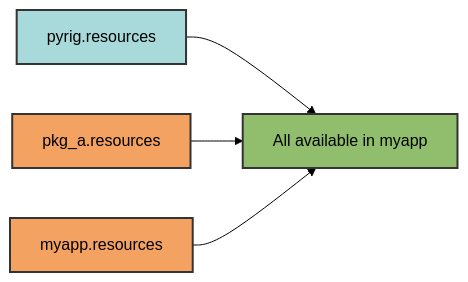
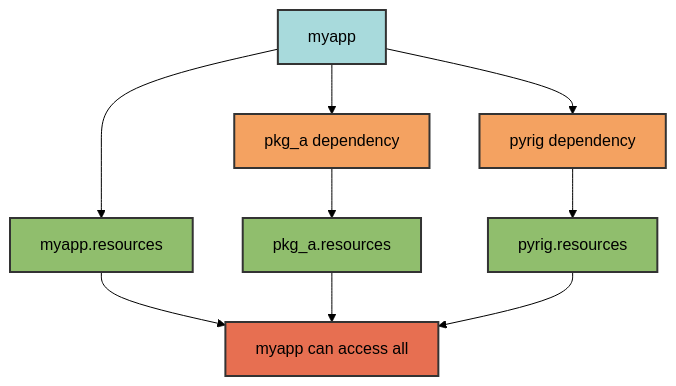
The second of 2 diagrams in docs/resources/resources.md (Winipedia/pyrig), drawn with Mermaid (forest theme) before and after one commit. The commit also changed other lines of this file and 45 other files, not shown here.

````diff
--- a/docs/resources/resources.md
+++ b/docs/resources/resources.md
@@ -127,11 +134,20 @@
 ```mermaid
-graph LR
-    A[pyrig.resources] --> D[All available in myapp]
-    B[pkg_a.resources] --> D
-    C[myapp.resources] --> D
-    
+graph TD
+    A[myapp] --> B[myapp.resources]
+    A --> C[pkg_a dependency]
+    C --> D[pkg_a.resources]
+    A --> E[pyrig dependency]
+    E --> F[pyrig.resources]
+
+    B --> G[myapp can access all]
+    D --> G
+    F --> G
+
     style A fill:#a8dadc,stroke:#333,stroke-width:2px,color:#000
-    style B fill:#f4a261,stroke:#333,stroke-width:2px,color:#000
+    style B fill:#90be6d,stroke:#333,stroke-width:2px,color:#000
     style C fill:#f4a261,stroke:#333,stroke-width:2px,color:#000
     style D fill:#90be6d,stroke:#333,stroke-width:2px,color:#000
+    style E fill:#f4a261,stroke:#333,stroke-width:2px,color:#000
+    style F fill:#90be6d,stroke:#333,stroke-width:2px,color:#000
+    style G fill:#e76f51,stroke:#333,stroke-width:2px,color:#000
 ```
````
